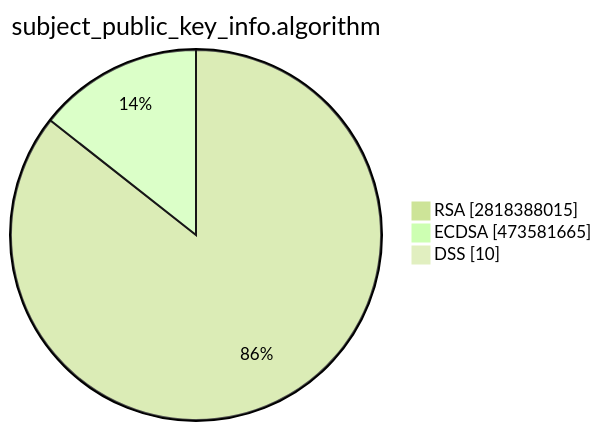
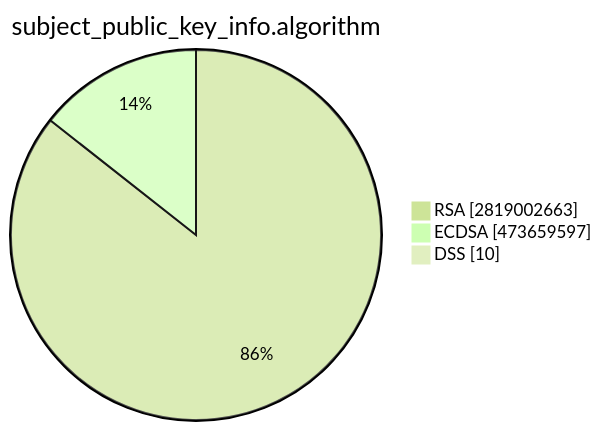
The second of 15 diagrams in TOTAL/README.md (christiankrug/ctmonitor_visualization), drawn with Mermaid (forest theme) before and after one commit. The commit also changed other lines of this file, not shown here.

````diff
--- a/TOTAL/README.md
+++ b/TOTAL/README.md
@@ -6,7 +6,7 @@
 ```mermaid
 pie showData
 title subject_public_key_info.algorithm
-"RSA" :2818388015
-"ECDSA" :473581665
+"RSA" :2819002663
+"ECDSA" :473659597
 "DSS" :10
 ```
````
